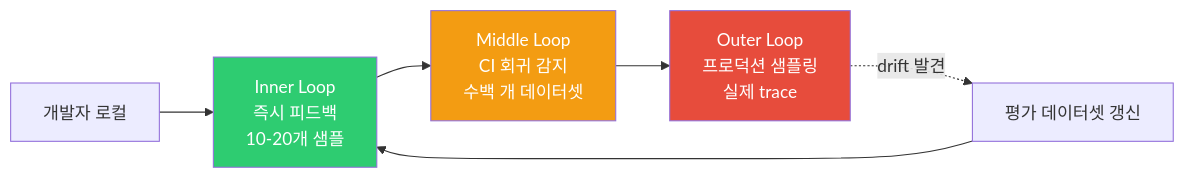
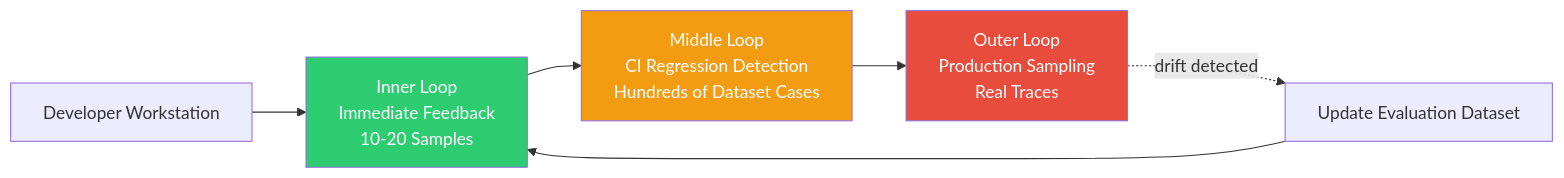
Before and after one commit to devfloor9/engineering-playbook: the first of 3 diagrams in docs/aidlc/toolchain/evaluation-framework.md, drawn with Mermaid. The commit also changed other lines of this file and 954 other files, not shown here.

````diff
--- a/docs/aidlc/toolchain/evaluation-framework.md
+++ b/docs/aidlc/toolchain/evaluation-framework.md
@@ -59,12 +59,12 @@
 ```mermaid
 flowchart LR
-    Dev[개발자 로컬] --> Inner[Inner Loop<br/>즉시 피드백<br/>10-20개 샘플]
-    Inner --> CI[Middle Loop<br/>CI 회귀 감지<br/>수백 개 데이터셋]
-    CI --> Prod[Outer Loop<br/>프로덕션 샘플링<br/>실제 trace]
-    Prod -. drift 발견 .-> Dataset[평가 데이터셋 갱신]
+    Dev[Developer Workstation] --> Inner[Inner Loop<br/>Immediate Feedback<br/>10-20 Samples]
+    Inner --> CI[Middle Loop<br/>CI Regression Detection<br/>Hundreds of Dataset Cases]
+    CI --> Prod[Outer Loop<br/>Production Sampling<br/>Real Traces]
+    Prod -. drift detected .-> Dataset[Update Evaluation Dataset]
     Dataset --> Inner
 
     style Inner fill:#2ecc71,color:#fff
     style CI fill:#f39c12,color:#fff
     style Prod fill:#e74c3c,color:#fff
 ```
````
